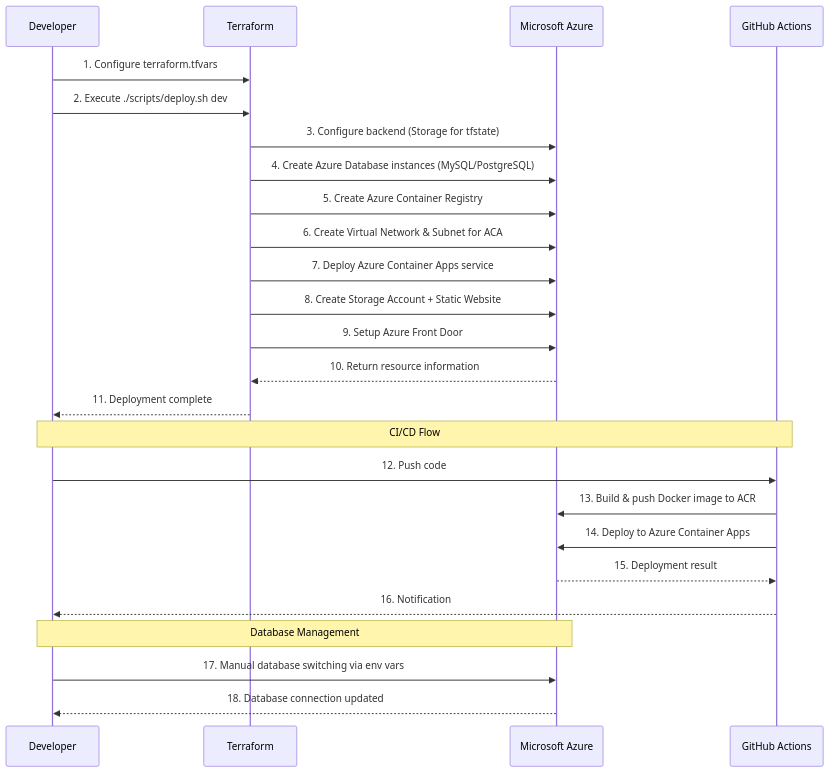
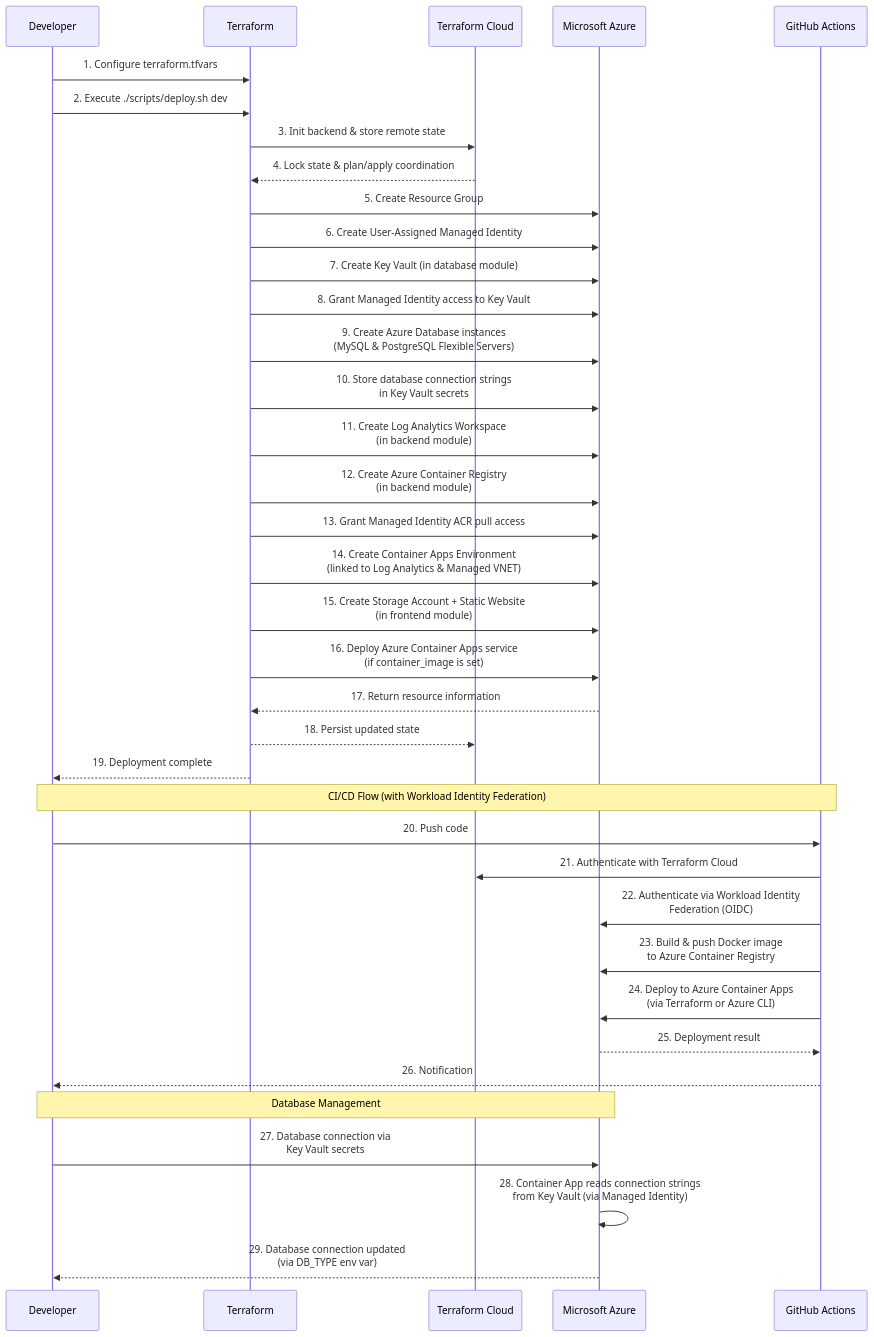
Before and after one commit to kenwoo9y/todo-infra-azure: the second of 2 diagrams in docs/architecture-diagram.md, drawn with Mermaid. The commit also changed other lines of this file, not shown here.

````diff
--- a/docs/architecture-diagram.md
+++ b/docs/architecture-diagram.md
@@ -73,30 +113,42 @@
 ```mermaid
 sequenceDiagram
     participant Dev as Developer
     participant Terraform as Terraform
+    participant TFCloud as Terraform Cloud
     participant Azure as Microsoft Azure
     participant GitHub as GitHub Actions
 
     Dev->>Terraform: 1. Configure terraform.tfvars
     Dev->>Terraform: 2. Execute ./scripts/deploy.sh dev
-    Terraform->>Azure: 3. Configure backend (Storage for tfstate)
-    Terraform->>Azure: 4. Create Azure Database instances (MySQL/PostgreSQL)
-    Terraform->>Azure: 5. Create Azure Container Registry
-    Terraform->>Azure: 6. Create Virtual Network & Subnet for ACA
-    Terraform->>Azure: 7. Deploy Azure Container Apps service
-    Terraform->>Azure: 8. Create Storage Account + Static Website
-    Terraform->>Azure: 9. Setup Azure Front Door
-    Azure-->>Terraform: 10. Return resource information
-    Terraform-->>Dev: 11. Deployment complete
+    Terraform->>TFCloud: 3. Init backend & store remote state
+    TFCloud-->>Terraform: 4. Lock state & plan/apply coordination
+    Terraform->>Azure: 5. Create Resource Group
+    Terraform->>Azure: 6. Create User-Assigned Managed Identity
+    Terraform->>Azure: 7. Create Key Vault (in database module)
+    Terraform->>Azure: 8. Grant Managed Identity access to Key Vault
+    Terraform->>Azure: 9. Create Azure Database instances<br/>(MySQL & PostgreSQL Flexible Servers)
+    Terraform->>Azure: 10. Store database connection strings<br/>in Key Vault secrets
+    Terraform->>Azure: 11. Create Log Analytics Workspace<br/>(in backend module)
+    Terraform->>Azure: 12. Create Azure Container Registry<br/>(in backend module)
+    Terraform->>Azure: 13. Grant Managed Identity ACR pull access
+    Terraform->>Azure: 14. Create Container Apps Environment<br/>(linked to Log Analytics & Managed VNET)
+    Terraform->>Azure: 15. Create Storage Account + Static Website<br/>(in frontend module)
+    Terraform->>Azure: 16. Deploy Azure Container Apps service<br/>(if container_image is set)
+    Azure-->>Terraform: 17. Return resource information
+    Terraform-->>TFCloud: 18. Persist updated state
+    Terraform-->>Dev: 19. Deployment complete
 
-    Note over Dev,GitHub: CI/CD Flow
-    Dev->>GitHub: 12. Push code
-    GitHub->>Azure: 13. Build & push Docker image to ACR
-    GitHub->>Azure: 14. Deploy to Azure Container Apps
-    Azure-->>GitHub: 15. Deployment result
-    GitHub-->>Dev: 16. Notification
+    Note over Dev,GitHub: CI/CD Flow (with Workload Identity Federation)
+    Dev->>GitHub: 20. Push code
+    GitHub->>TFCloud: 21. Authenticate with Terraform Cloud
+    GitHub->>Azure: 22. Authenticate via Workload Identity<br/>Federation (OIDC)
+    GitHub->>Azure: 23. Build & push Docker image<br/>to Azure Container Registry
+    GitHub->>Azure: 24. Deploy to Azure Container Apps<br/>(via Terraform or Azure CLI)
+    Azure-->>GitHub: 25. Deployment result
+    GitHub-->>Dev: 26. Notification
 
     Note over Dev,Azure: Database Management
-    Dev->>Azure: 17. Manual database switching via env vars
-    Azure-->>Dev: 18. Database connection updated
+    Dev->>Azure: 27. Database connection via<br/>Key Vault secrets
+    Azure->>Azure: 28. Container App reads connection strings<br/>from Key Vault (via Managed Identity)
+    Azure-->>Dev: 29. Database connection updated<br/>(via DB_TYPE env var)
 ```
````
